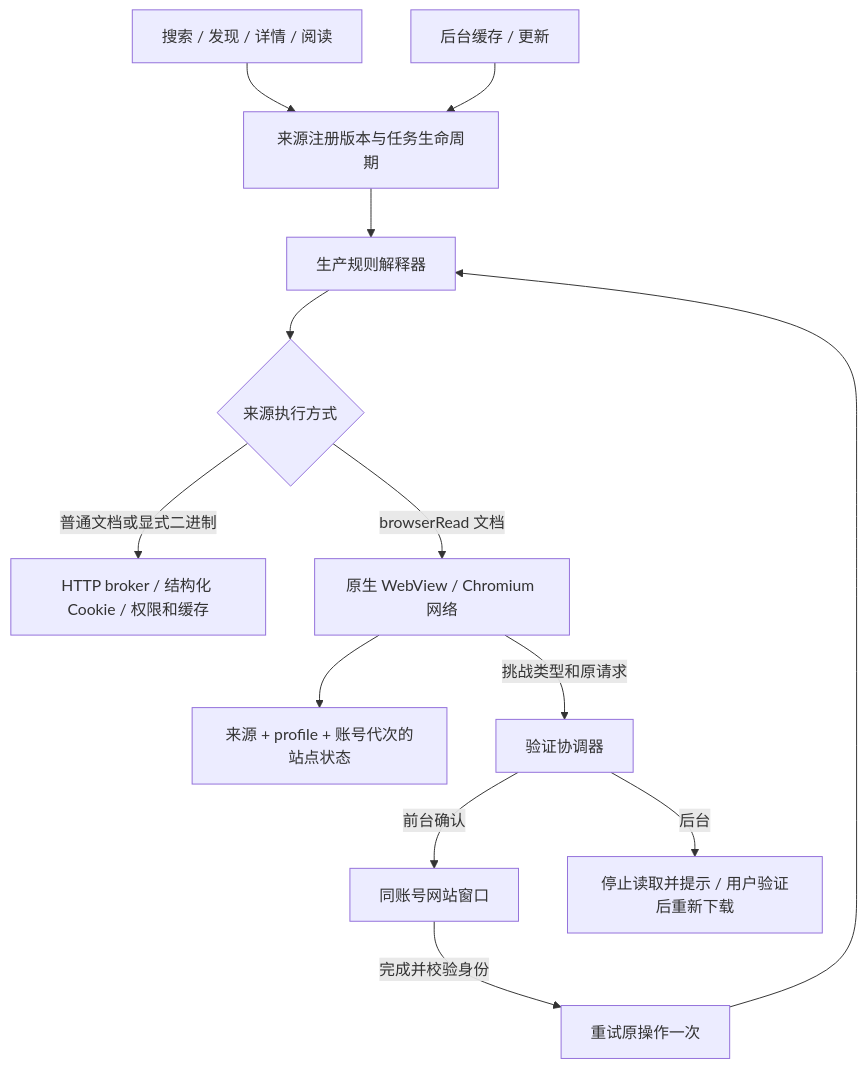
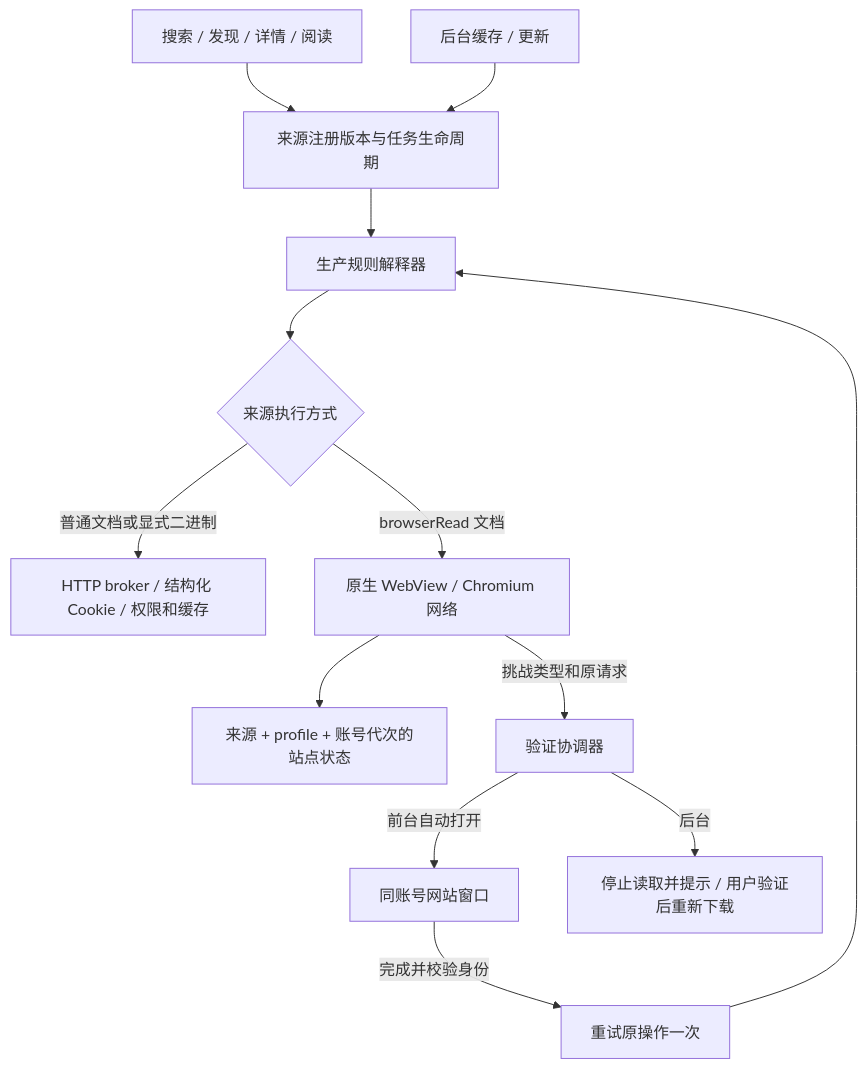
One commit to Renakoni/hnovel changed the diagram in source-compatibility/browser/IMPLEMENTATION_PLAN.md. Above: the diagram before and after it, drawn with Mermaid. The commit also changed other lines of this file and 9 other files, not shown here.

````diff
--- a/source-compatibility/browser/IMPLEMENTATION_PLAN.md
+++ b/source-compatibility/browser/IMPLEMENTATION_PLAN.md
@@ -14,15 +14,15 @@
 ```mermaid
 flowchart TD
     UI[搜索 / 发现 / 详情 / 阅读] --> Runtime[来源注册版本与任务生命周期]
     Work[后台缓存 / 更新] --> Runtime
     Runtime --> Rules[生产规则解释器]
     Rules --> Policy{来源执行方式}
     Policy -->|普通文档或显式二进制| HTTP[HTTP broker / 结构化 Cookie / 权限和缓存]
     Policy -->|browserRead 文档| Native[原生 WebView / Chromium 网络]
     Native --> Profile[来源 + profile + 账号代次的站点状态]
     Native -->|挑战类型和原请求| Recovery[验证协调器]
-    Recovery -->|前台确认| Window[同账号网站窗口]
+    Recovery -->|前台自动打开| Window[同账号网站窗口]
     Window -->|完成并校验身份| Retry[重试原操作一次]
     Retry --> Rules
     Recovery -->|后台| Notice[停止读取并提示 / 用户验证后重新下载]
 ```
````
